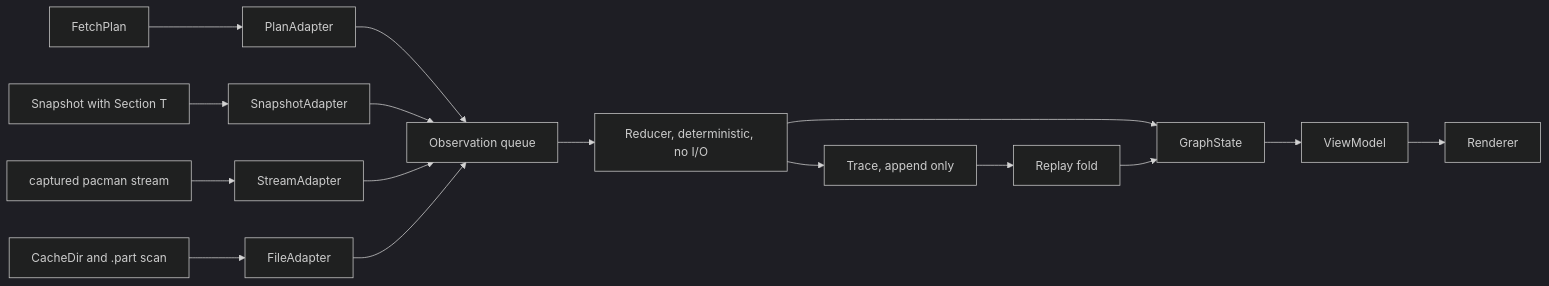
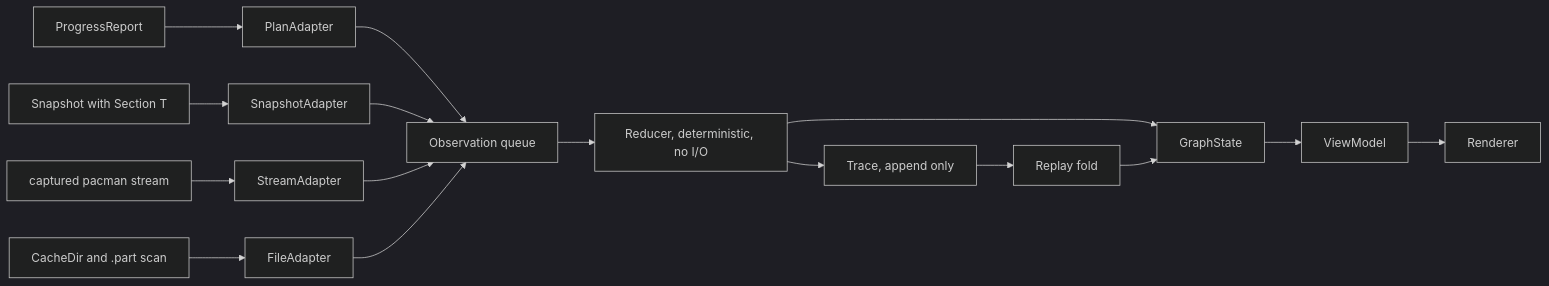
The first of 2 diagrams in docs/ANIMATION.md (PremModhaOfficial/aur-prefetch), drawn with Mermaid (dark theme) before and after one commit. The commit also changed other lines of this file and 7 other files, not shown here.

````diff
--- a/docs/ANIMATION.md
+++ b/docs/ANIMATION.md
@@ -258,18 +258,18 @@
 ```mermaid
 flowchart LR
-  FP["FetchPlan"] --> PA["PlanAdapter"]
+  FP["ProgressReport"] --> PA["PlanAdapter"]
   SN["Snapshot with Section T"] --> SA["SnapshotAdapter"]
   ST["captured pacman stream"] --> TA["StreamAdapter"]
   CD["CacheDir and .part scan"] --> FA["FileAdapter"]
   PA --> OQ["Observation queue"]
   SA --> OQ
   TA --> OQ
   FA --> OQ
   OQ --> RD["Reducer, deterministic, no I/O"]
   RD --> TR["Trace, append only"]
   RD --> GS["GraphState"]
   GS --> VM["ViewModel"]
   VM --> RN["Renderer"]
   TR --> RP["Replay fold"]
   RP --> GS
 ```
````
